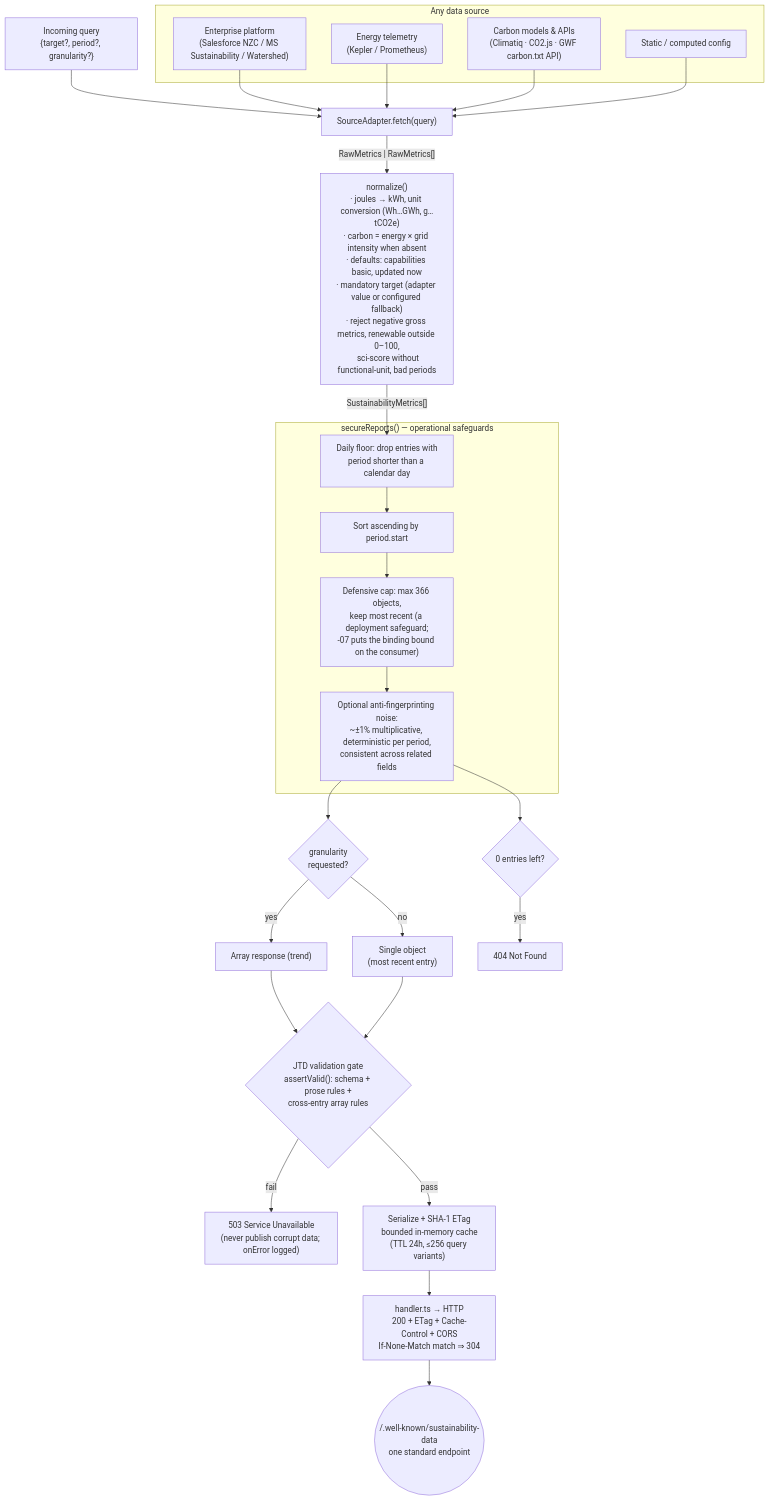
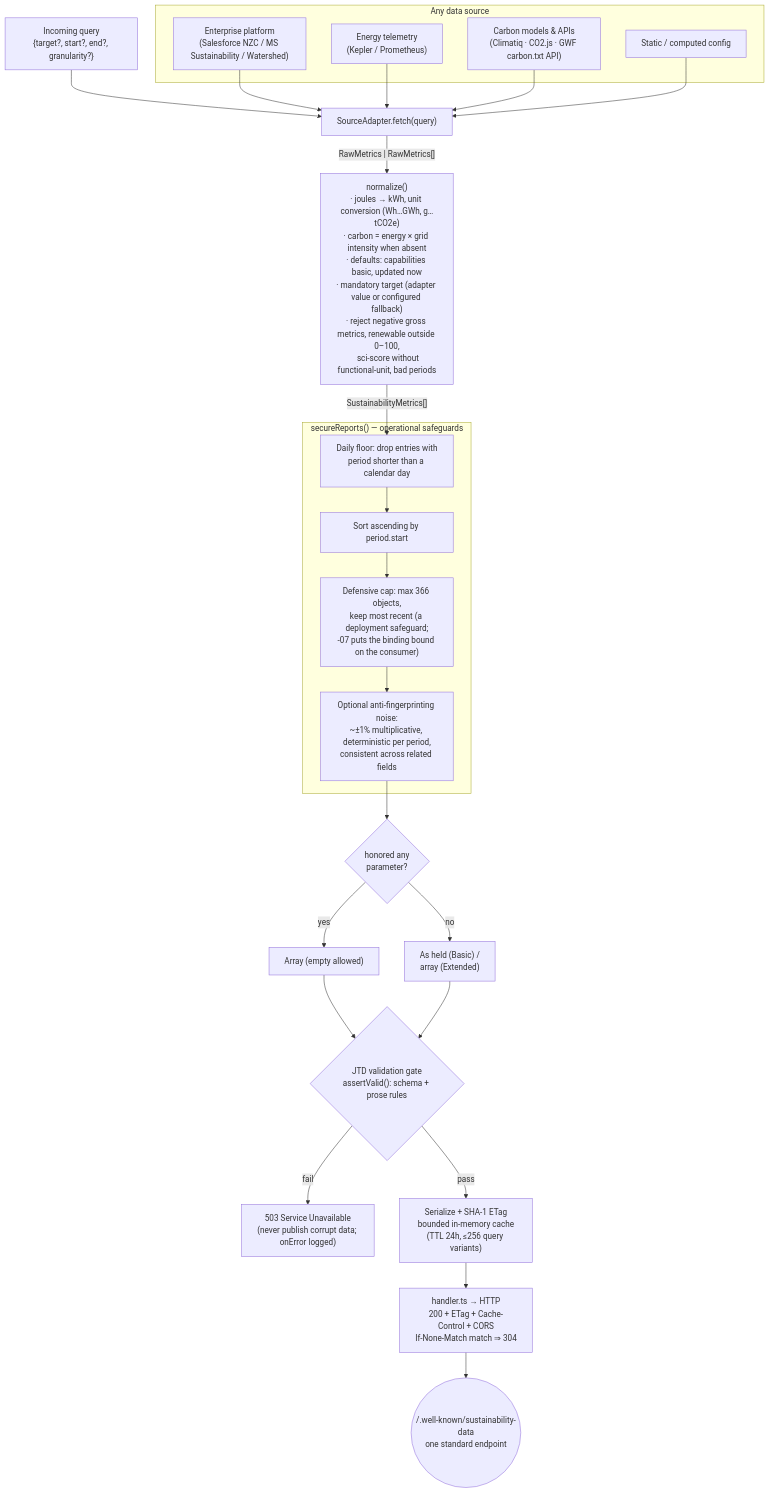
Before and after one commit to andreibesleaga/rfc-sustainability-wellknown: the diagram in architecture/diagrams/gateway-flow.mmd, drawn with Mermaid. The commit also changed 146 other files, not shown here.

```diff
--- a/architecture/diagrams/gateway-flow.mmd
+++ b/architecture/diagrams/gateway-flow.mmd
@@ -1,43 +1,41 @@
 flowchart TD
-    Q["Incoming query<br/>{target?, period?, granularity?}"] --> AD
+    Q["Incoming query<br/>{target?, start?, end?, granularity?}"] --> AD
 
     subgraph SRC["Any data source"]
         S1["Enterprise platform<br/>(Salesforce NZC / MS Sustainability / Watershed)"]
         S2["Energy telemetry<br/>(Kepler / Prometheus)"]
         S3["Carbon models & APIs<br/>(Climatiq · CO2.js · GWF carbon.txt API)"]
         S4["Static / computed config"]
     end
 
     S1 --> AD
     S2 --> AD
     S3 --> AD
     S4 --> AD
 
     AD["SourceAdapter.fetch(query)"] -- "RawMetrics | RawMetrics[]" --> N
 
     N["normalize()<br/>· joules → kWh, unit conversion (Wh…GWh, g…tCO2e)<br/>· carbon = energy × grid intensity when absent<br/>· defaults: capabilities basic, updated now<br/>· mandatory target (adapter value or configured fallback)<br/>· reject negative gross metrics, renewable outside 0–100,<br/>  sci-score without functional-unit, bad periods"]
 
     N -- "SustainabilityMetrics[]" --> G1
 
     subgraph SAFE["secureReports() — operational safeguards"]
         G1["Daily floor: drop entries with<br/>period shorter than a calendar day"] --> G2
         G2["Sort ascending by period.start"] --> G3
         G3["Defensive cap: max 366 objects,<br/>keep most recent (a deployment safeguard;<br/>-07 puts the binding bound on the consumer)"] --> G4
         G4["Optional anti-fingerprinting noise:<br/>~±1% multiplicative, deterministic per period,<br/>consistent across related fields"]
     end
 
-    G4 --> SHAPE{"granularity<br/>requested?"}
-    SHAPE -- "yes" --> ARR["Array response (trend)"]
-    SHAPE -- "no" --> ONE["Single object<br/>(most recent entry)"]
-    G4 --> EMPTY{"0 entries left?"}
-    EMPTY -- "yes" --> R404["404 Not Found"]
+    G4 --> SHAPE{"honored any<br/>parameter?"}
+    SHAPE -- "yes" --> ARR["Array (empty allowed)"]
+    SHAPE -- "no" --> ONE["As held (Basic) /<br/>array (Extended)"]
 
     ARR --> V
     ONE --> V
 
-    V{"JTD validation gate<br/>assertValid(): schema + prose rules +<br/>cross-entry array rules"}
+    V{"JTD validation gate<br/>assertValid(): schema + prose rules"}
     V -- "fail" --> R503["503 Service Unavailable<br/>(never publish corrupt data; onError logged)"]
     V -- "pass" --> CACHE["Serialize + SHA-1 ETag<br/>bounded in-memory cache<br/>(TTL 24h, ≤256 query variants)"]
 
     CACHE --> H["handler.ts → HTTP<br/>200 + ETag + Cache-Control + CORS<br/>If-None-Match match ⇒ 304"]
     H --> OUT(("/.well-known/sustainability-data<br/>one standard endpoint"))
```
